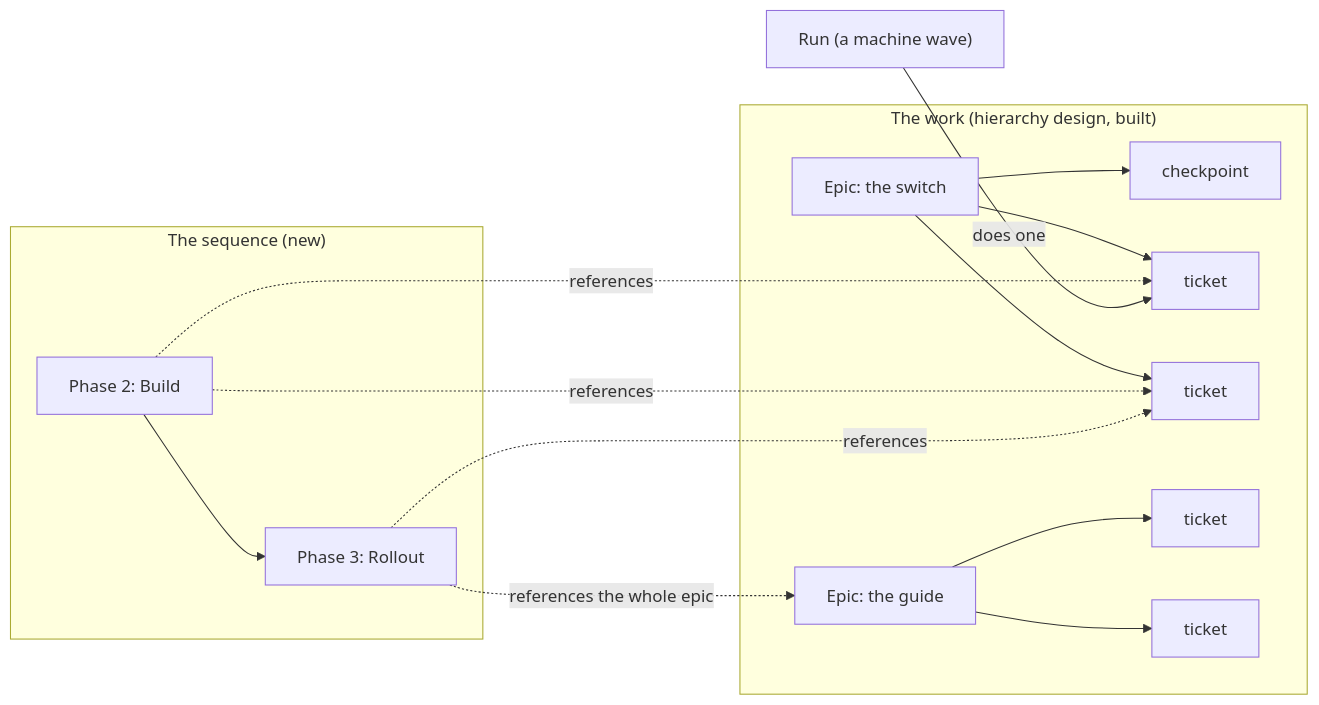
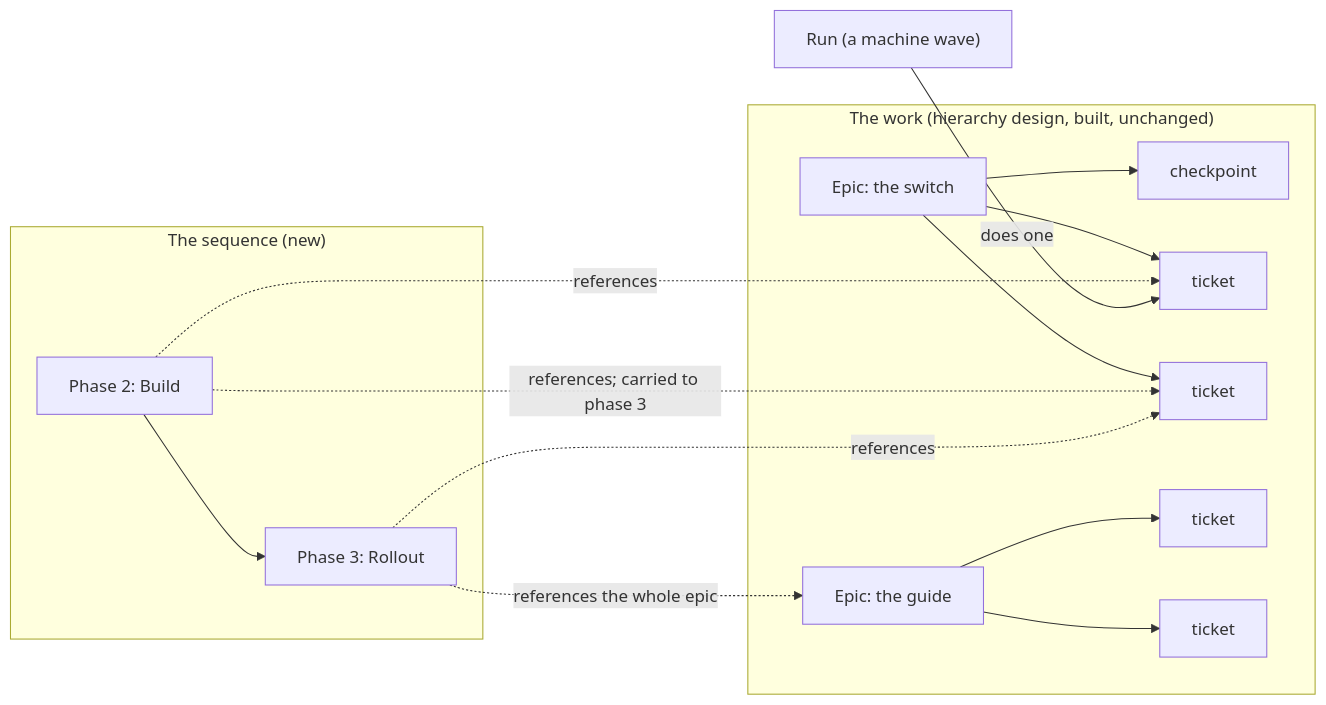
One commit to Synapsium-Labs/ccrc-pwa changed the first of 3 diagrams in docs/superpowers/specs/2026-11-16-programme-work-map-design.md. Above: the diagram before and after it, drawn with Mermaid. The commit also changed other lines of this file and 6 other files, not shown here.

````diff
--- a/docs/superpowers/specs/2026-11-16-programme-work-map-design.md
+++ b/docs/superpowers/specs/2026-11-16-programme-work-map-design.md
@@ -118,18 +137,18 @@
 ```mermaid
 flowchart LR
-  subgraph WORK["The work (hierarchy design, built)"]
+  subgraph WORK["The work (hierarchy design, built, unchanged)"]
     E1["Epic: the switch"] --> C1["checkpoint"]
     E1 --> T1["ticket"]
     E1 --> T2["ticket"]
     E2["Epic: the guide"] --> T3["ticket"]
     E2 --> T4["ticket"]
   end
   subgraph SEQ["The sequence (new)"]
     P2["Phase 2: Build"] --> P3["Phase 3: Rollout"]
   end
   P2 -. "references" .-> T1
-  P2 -. "references" .-> T2
+  P2 -. "references; carried to phase 3" .-> T2
   P3 -. "references" .-> T2
   P3 -. "references the whole epic" .-> E2
   R["Run (a machine wave)"] -- "does one" --> T1
 ```
````
